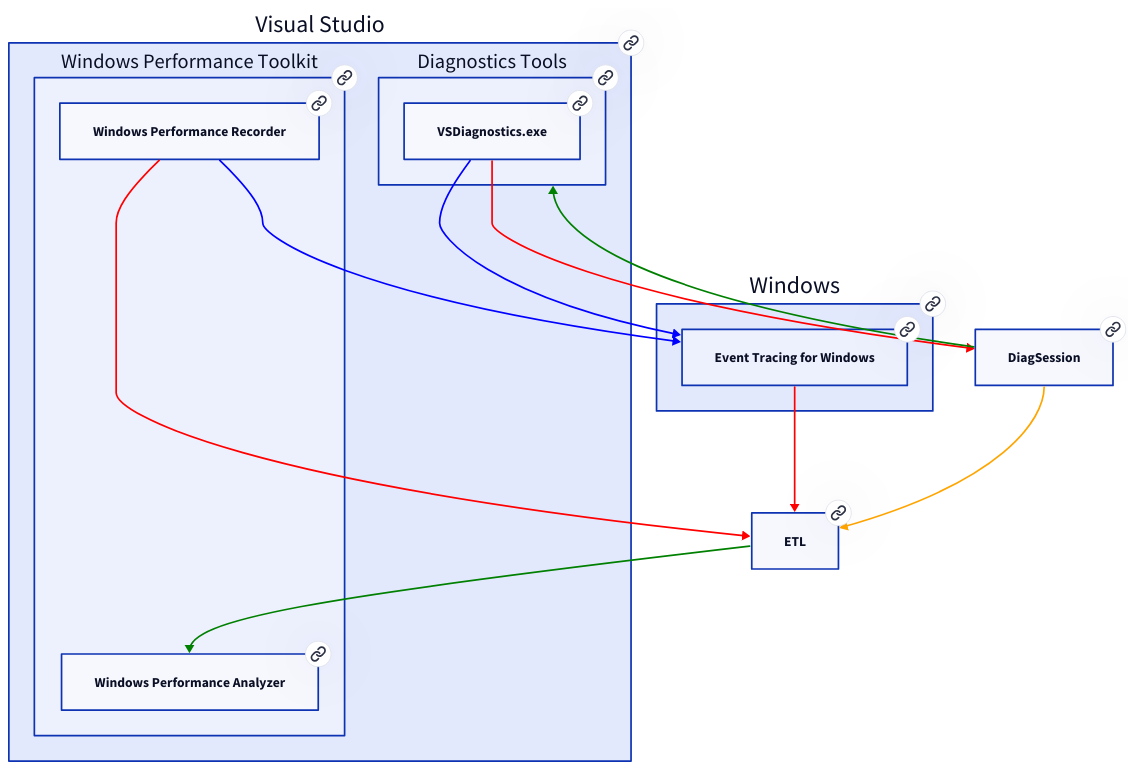
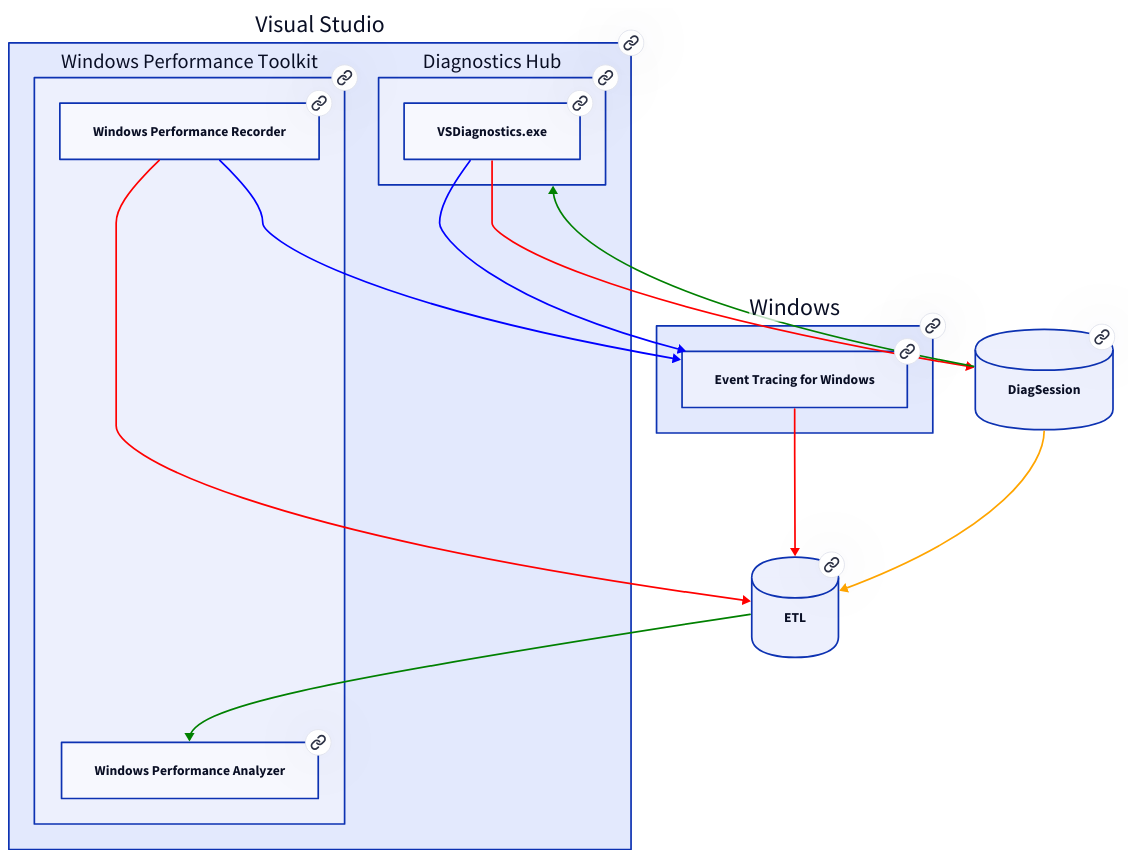
One commit to F-I-D-O/Diagrams changed the diagram in Windows Profiling.d2. Above: the diagram before and after it, drawn with D2. The commit also changed 2 other files, not shown here.

Commit message:
Windows Profiling diagram finished

```diff
--- a/Windows Profiling.d2
+++ b/Windows Profiling.d2
@@ -1,93 +1,118 @@
 classes {
     write: {
         style: {
             stroke: red
         }
     }
     read: {
         style: {
             stroke: green
         }
     }
     call: {
         style: {
             stroke: blue
         }
     }
     content: {
         style: {
             stroke: orange
+        }
+    }
+    file: {
+        shape: cylinder
+    }
+}
+
+vars: {
+    d2-legend: {
+        a.style.opacity: 0
+        b.style.opacity: 0
+    
+        a -> b: Input {
+            class: read
+        }
+        a -> b: Output {
+            class: write
+        }
+        a -> b: Call {
+            class: call
+        }
+        a -> b: Content {
+            class: content
         }
     }
 }
 
 
 windows: Windows {
     link: https://en.wikipedia.org/wiki/Microsoft_Windows
     etw: Event Tracing for Windows {
         link: https://learn.microsoft.com/en-us/windows-hardware/test/wpt/event-tracing-for-windows
     }
 }
 
 visual_studio: Visual Studio {
     link: https://en.wikipedia.org/wiki/Visual_Studio
     windows_performance_toolkit: Windows Performance Toolkit {
         link: https://learn.microsoft.com/en-us/windows-hardware/test/wpt/
 
         wpr: Windows Performance Recorder {
             link: https://learn.microsoft.com/en-us/windows-hardware/test/wpt/windows-performance-recorder
         }
 
         wpa: Windows Performance Analyzer {
             link: https://learn.microsoft.com/en-us/windows-hardware/test/wpt/windows-performance-analyzer
         }
     }
 
-    diagnostics_tools: Diagnostics Tools {
+    diagnostics_tools: Diagnostics Hub {
         link: https://learn.microsoft.com/en-us/visualstudio/profiling/diagnostic-tools
 
         vsdiagnostics: VSDiagnostics.exe {
             link: https://learn.microsoft.com/en-us/visualstudio/profiling/profile-apps-from-command-line
         }
     }
 }
 
 etl: ETL {
+    class: file
     link: https://learn.microsoft.com/en-us/windows-hardware/test/wpt/etl-files
 }
 
 diagsession: DiagSession {
+    class: file
     link: https://learn.microsoft.com/en-us/windows-hardware/test/wpt/diagsession-files
 }
 
 # File write
 windows.etw -> etl: {
     class: write
 }
 visual_studio.windows_performance_toolkit.wpr -> etl: {
     class: write
 }
 visual_studio.diagnostics_tools.vsdiagnostics -> diagsession: {
     class: write
 }
 
 # File read
 etl -> visual_studio.windows_performance_toolkit.wpa: {
     class: read
 }
 diagsession -> visual_studio.diagnostics_tools {
     class: read
 }
 
 # Calls
 visual_studio.windows_performance_toolkit.wpr -> windows.etw: {
     class: call
 }
 visual_studio.diagnostics_tools.vsdiagnostics -> windows.etw: {
     class: call
 }
 
 # File content
 diagsession -> etl: {
     class: content
 }
```
